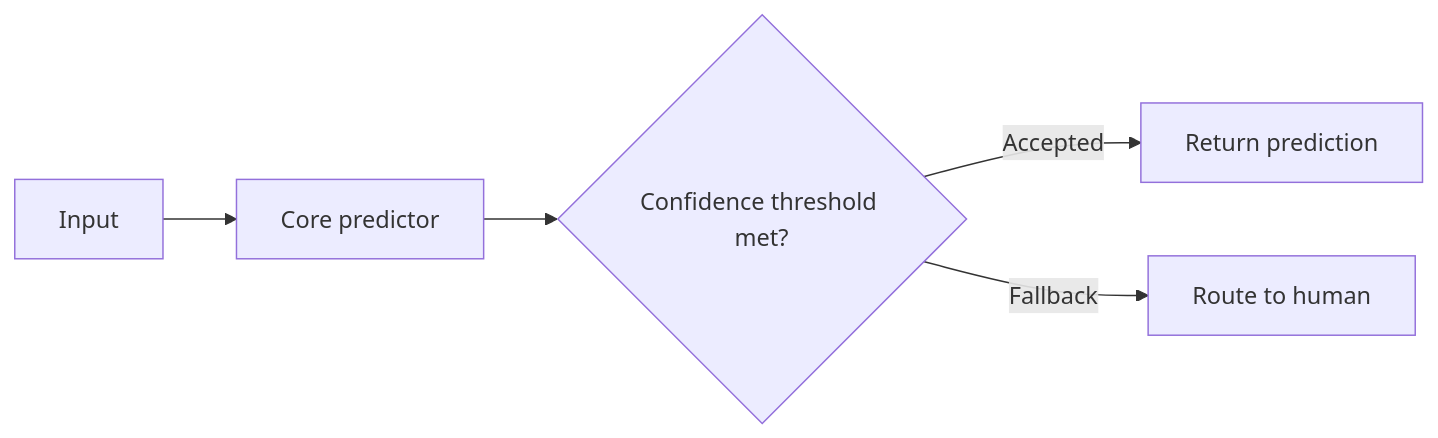
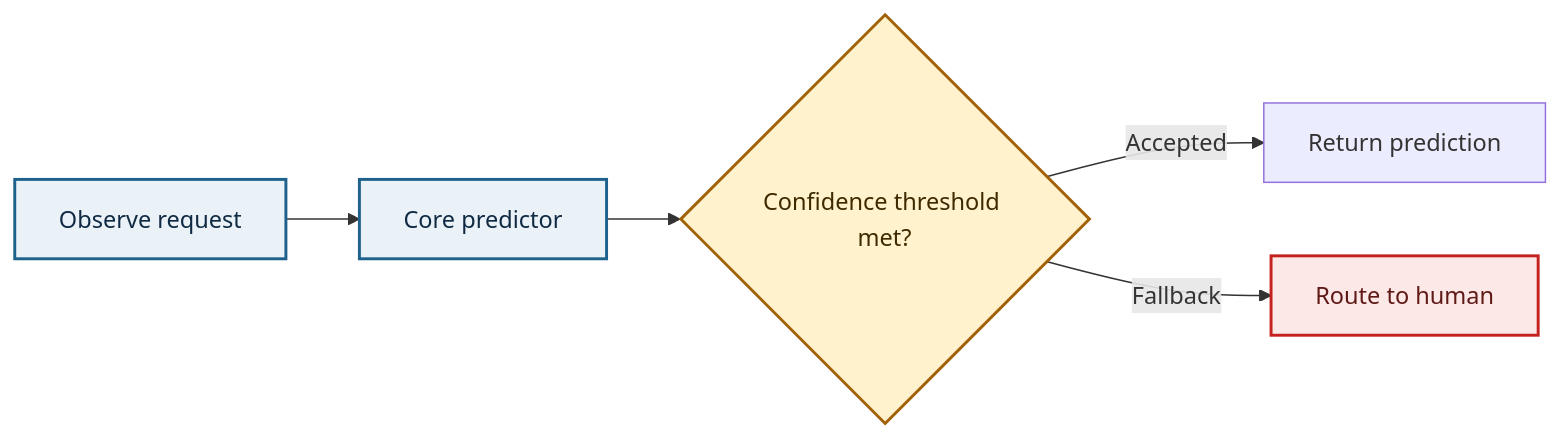
One commit to Immortal-Fates/Paper-Summary-Skill changed the diagram in SKILL.md. Above: the diagram before and after it, drawn with Mermaid. The commit also changed other lines of this file and 1 other file, not shown here.

````diff
--- a/SKILL.md
+++ b/SKILL.md
@@ -94,7 +93,14 @@
   ```mermaid
   flowchart LR
-      Input[Input] --> Model[Core predictor]
+      Input[Observe request] --> Model[Core predictor]
       Model --> Gate{Confidence threshold met?}
-      Gate -->|Accepted| Output[Return prediction]
+      Gate -->|Accepted| Result[Return prediction]
       Gate -->|Fallback| Review[Route to human]
+
+      classDef process fill:#EAF2F8,stroke:#1F618D,stroke-width:2px,color:#102A43
+      classDef decision fill:#FFF2CC,stroke:#A16207,stroke-width:2px,color:#3F2A00
+      classDef future fill:#FCE8E6,stroke:#C5221F,stroke-width:2px,color:#5F1A17
+      class Input,Model process
+      class Gate decision
+      class Review future
   ```
````
